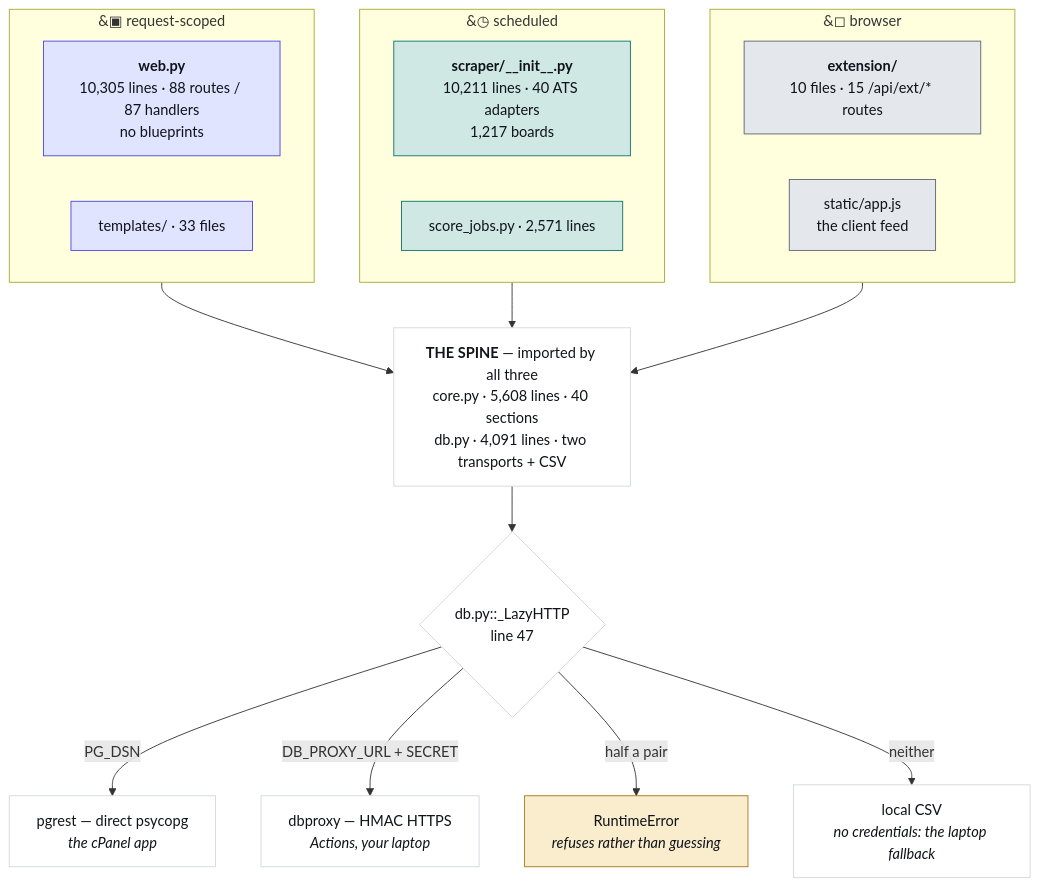
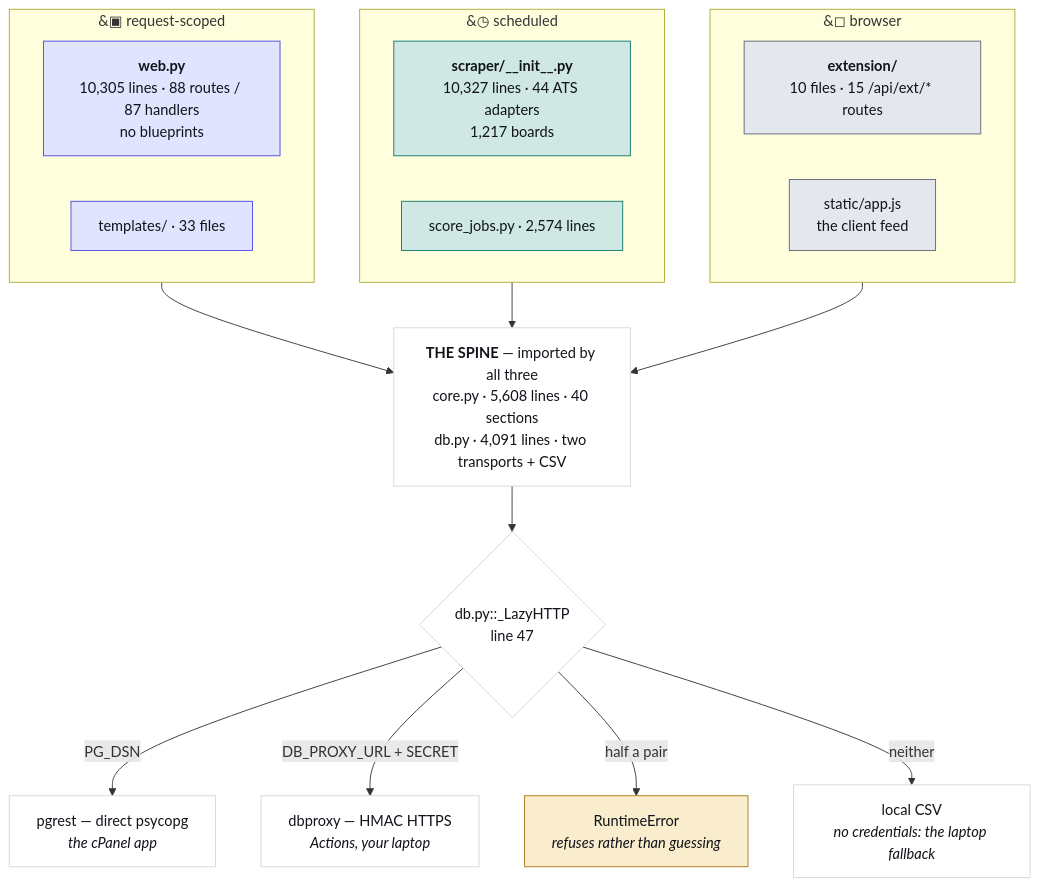
The first of 4 diagrams in JobMatch Scraper/docs/ARCHITECTURE.md (hadakunal909-debug/job-search-tool), drawn with Mermaid before and after one commit. The commit also changed other lines of this file and 23 other files, not shown here.

First line of the commit message:
boards: four adapters read the boards that had no supported ATS

````diff
--- a/JobMatch Scraper/docs/ARCHITECTURE.md
+++ b/JobMatch Scraper/docs/ARCHITECTURE.md
@@ -48,34 +48,34 @@
 ```mermaid
 flowchart TB
   subgraph REQ["&#9635; request-scoped"]
     W["<b>web.py</b><br/>10,305 lines · 88 routes / 87 handlers<br/>no blueprints"]
     T["templates/ · 33 files"]
   end
   subgraph SCH["&#9719; scheduled"]
-    S["<b>scraper/__init__.py</b><br/>10,211 lines · 40 ATS adapters<br/>1,217 boards"]
-    J["score_jobs.py · 2,571 lines"]
+    S["<b>scraper/__init__.py</b><br/>10,327 lines · 44 ATS adapters<br/>1,217 boards"]
+    J["score_jobs.py · 2,574 lines"]
   end
   subgraph CLI["&#9723; browser"]
     E["<b>extension/</b><br/>10 files · 15 /api/ext/* routes"]
     A["static/app.js<br/>the client feed"]
   end
   SPINE["<b>THE SPINE</b> — imported by all three<br/>core.py · 5,608 lines · 40 sections<br/>db.py · 4,091 lines · two transports + CSV"]
   REQ --> SPINE
   SCH --> SPINE
   CLI --> SPINE
   SPINE --> D{"db.py::_LazyHTTP<br/>line 47"}
   D -->|"PG_DSN"| P["pgrest — direct psycopg<br/><i>the cPanel app</i>"]
   D -->|"DB_PROXY_URL + SECRET"| X["dbproxy — HMAC HTTPS<br/><i>Actions, your laptop</i>"]
   D -->|"half a pair"| R["RuntimeError<br/><i>refuses rather than guessing</i>"]
   D -->|"neither"| V["local CSV<br/><i>no credentials: the laptop fallback</i>"]
   classDef web fill:#e0e4fe,stroke:#4f46e5,color:#101319
   classDef sched fill:#cfe8e3,stroke:#0f766e,color:#101319
   classDef client fill:#e4e7ec,stroke:#5f6573,color:#101319
   classDef trap fill:#f9edcd,stroke:#a8781a,color:#101319
   classDef plain fill:#ffffff,stroke:#d3d7df,color:#101319
   class W,T web
   class S,J sched
   class E,A client
   class R trap
   class SPINE,D,P,X,V plain
 ```
````
